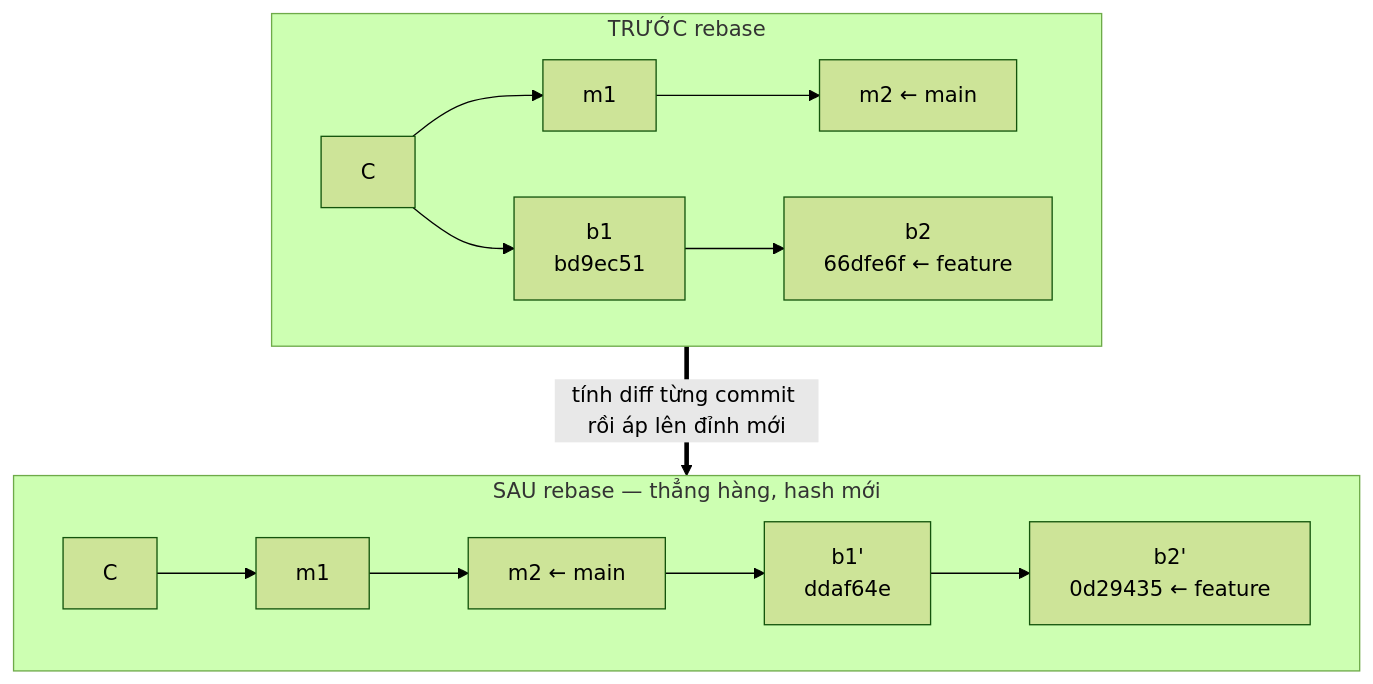
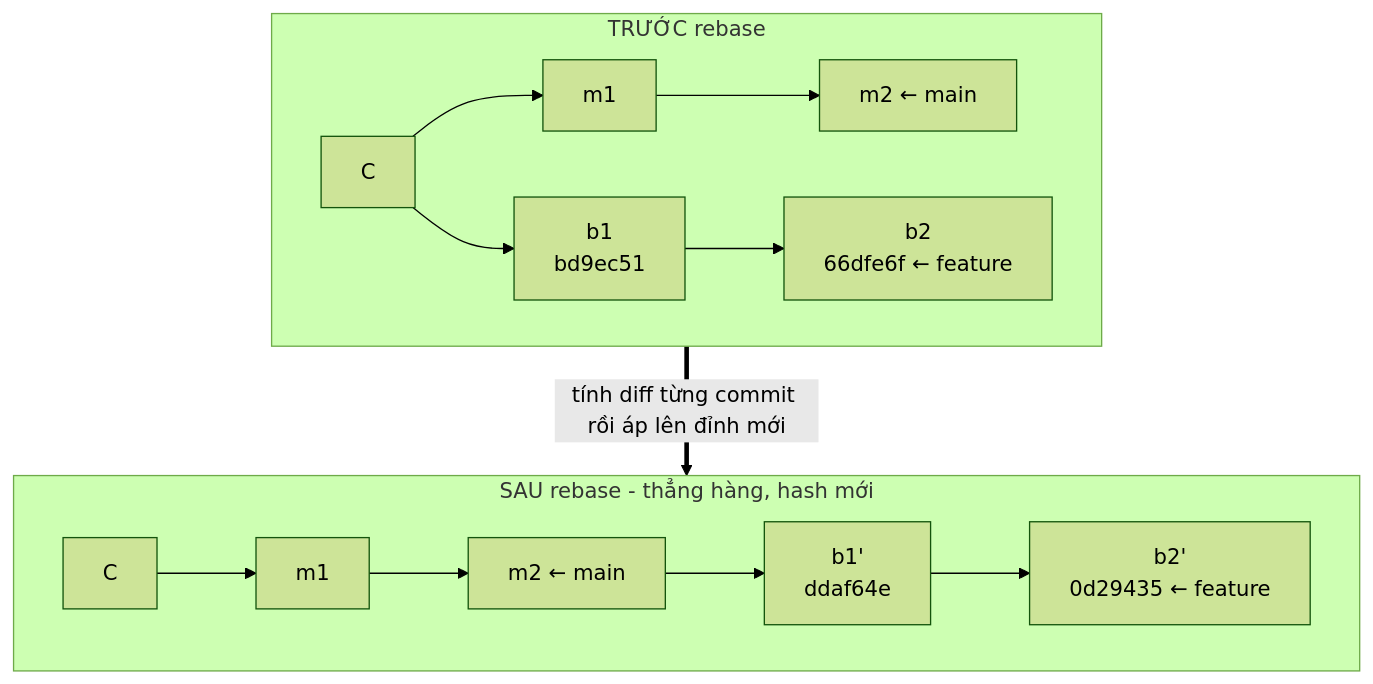
The tenth of 12 diagrams in src/content/posts/git-internals-commit-object-va-4-kieu-merge.md (hieplam/memo), drawn with Mermaid (forest theme) before and after one commit. The commit also changed other lines of this file and 131 other files, not shown here.

````diff
--- a/src/content/posts/git-internals-commit-object-va-4-kieu-merge.md
+++ b/src/content/posts/git-internals-commit-object-va-4-kieu-merge.md
@@ -498,13 +498,13 @@
 ```mermaid
 flowchart TB
   subgraph T["TRƯỚC rebase"]
     direction LR
     TC["C"] --> TM1["m1"] --> TM2["m2 ← main"]
     TC --> TB1["b1<br/>bd9ec51"] --> TB2["b2<br/>66dfe6f ← feature"]
   end
-  subgraph S["SAU rebase — thẳng hàng, hash mới"]
+  subgraph S["SAU rebase - thẳng hàng, hash mới"]
     direction LR
     SC["C"] --> SM1["m1"] --> SM2["m2 ← main"] --> SB1["b1'<br/>ddaf64e"] --> SB2["b2'<br/>0d29435 ← feature"]
   end
   T ==>|"tính diff từng commit rồi áp lên đỉnh mới"| S
 ```
````
